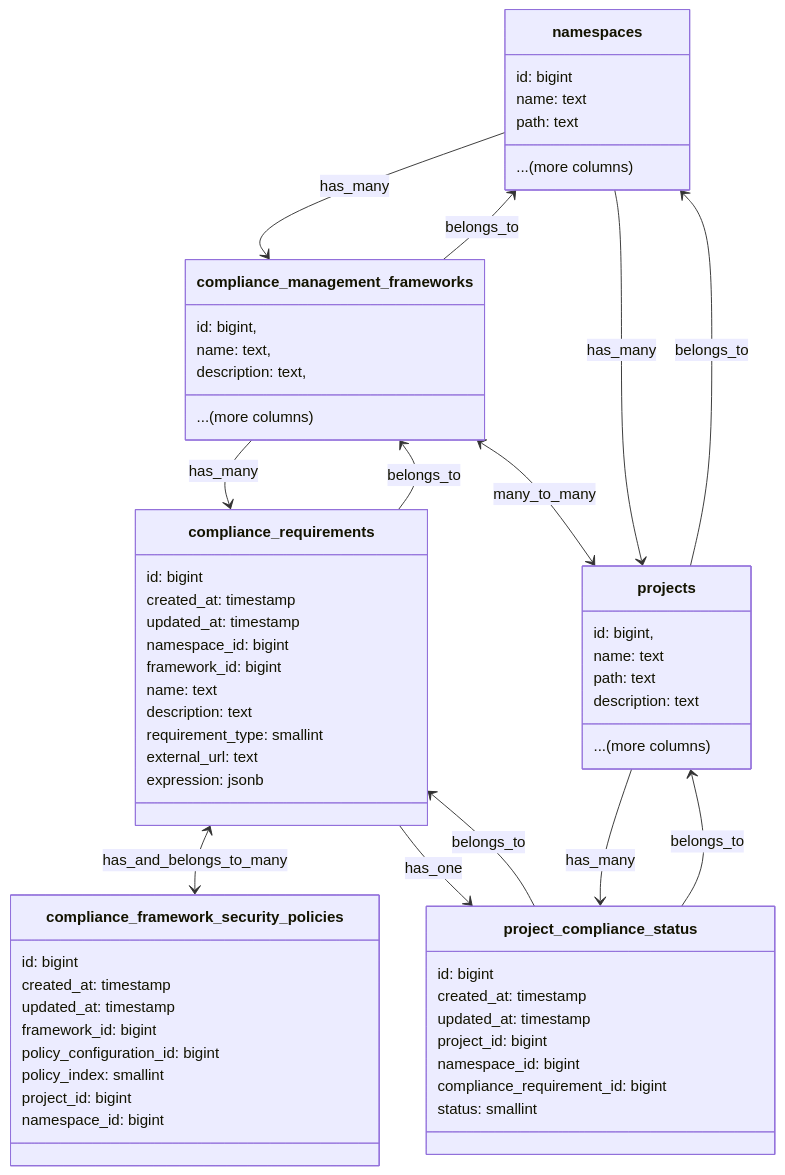
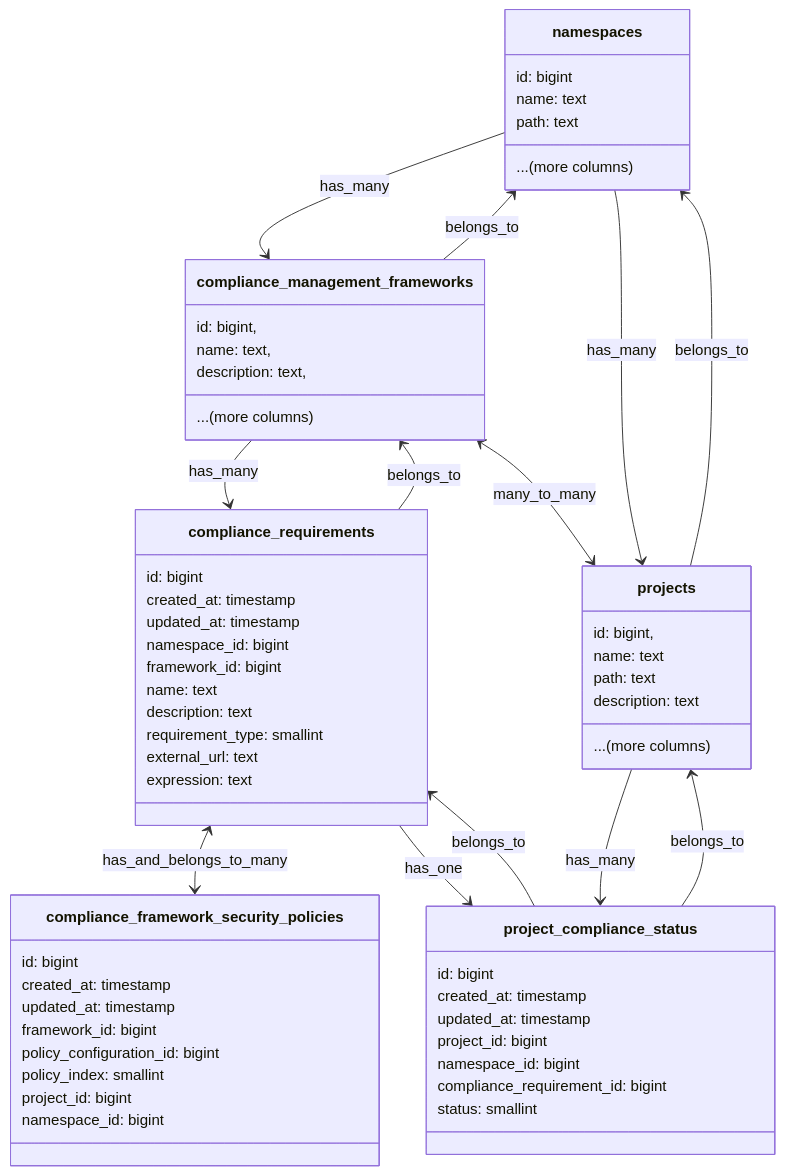
The diagram in content/handbook/engineering/architecture/design-documents/compliance-adherence-reporting/_index.md (secretstartups/handbook), drawn with Mermaid before and after one commit. The commit also changed other lines of this file and 3 other files, not shown here.

````diff
--- a/content/handbook/engineering/architecture/design-documents/compliance-adherence-reporting/_index.md
+++ b/content/handbook/engineering/architecture/design-documents/compliance-adherence-reporting/_index.md
@@ -117,69 +118,69 @@
 ```mermaid
     classDiagram
     class namespaces {
         id: bigint
         name: text
         path: text
         ...(more columns)
     }
     class projects {
         id: bigint,
         name: text
         path: text
         description: text
         ...(more columns)
     }
     class compliance_management_frameworks {
         id: bigint,
         name: text,
         description: text,
         ...(more columns)
     }
 
     class compliance_requirements {
         id: bigint
         created_at: timestamp
         updated_at: timestamp
         namespace_id: bigint
         framework_id: bigint
         name: text
         description: text
         requirement_type: smallint
         external_url: text
-        expression: jsonb
+        expression: text
     }
 
     class project_compliance_status {
         id: bigint
         created_at: timestamp
         updated_at: timestamp
         project_id: bigint
         namespace_id: bigint
         compliance_requirement_id: bigint
         status: smallint
     }
 
     class compliance_framework_security_policies {
         id: bigint
         created_at: timestamp
         updated_at: timestamp
         framework_id: bigint
         policy_configuration_id: bigint
         policy_index: smallint
         project_id: bigint
         namespace_id: bigint
     }
 
     compliance_management_frameworks --> compliance_requirements : has_many
     compliance_management_frameworks <-- compliance_requirements : belongs_to
     compliance_management_frameworks <--> projects : many_to_many
     compliance_requirements <--> compliance_framework_security_policies : has_and_belongs_to_many
     projects <-- namespaces : has_many
     projects --> namespaces : belongs_to
     namespaces --> compliance_management_frameworks : has_many
     namespaces <-- compliance_management_frameworks : belongs_to
     projects --> project_compliance_status : has_many
     projects <-- project_compliance_status : belongs_to
     compliance_requirements --> project_compliance_status : has_one
     compliance_requirements <-- project_compliance_status : belongs_to
 ```
````
